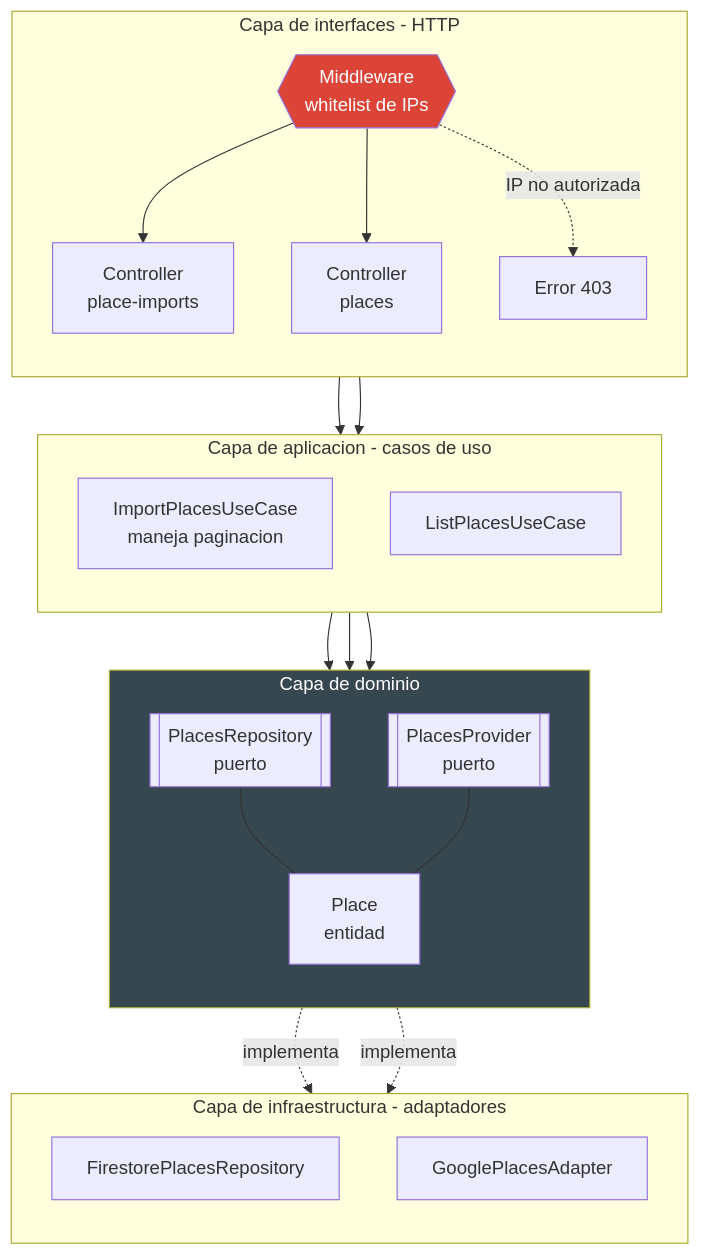
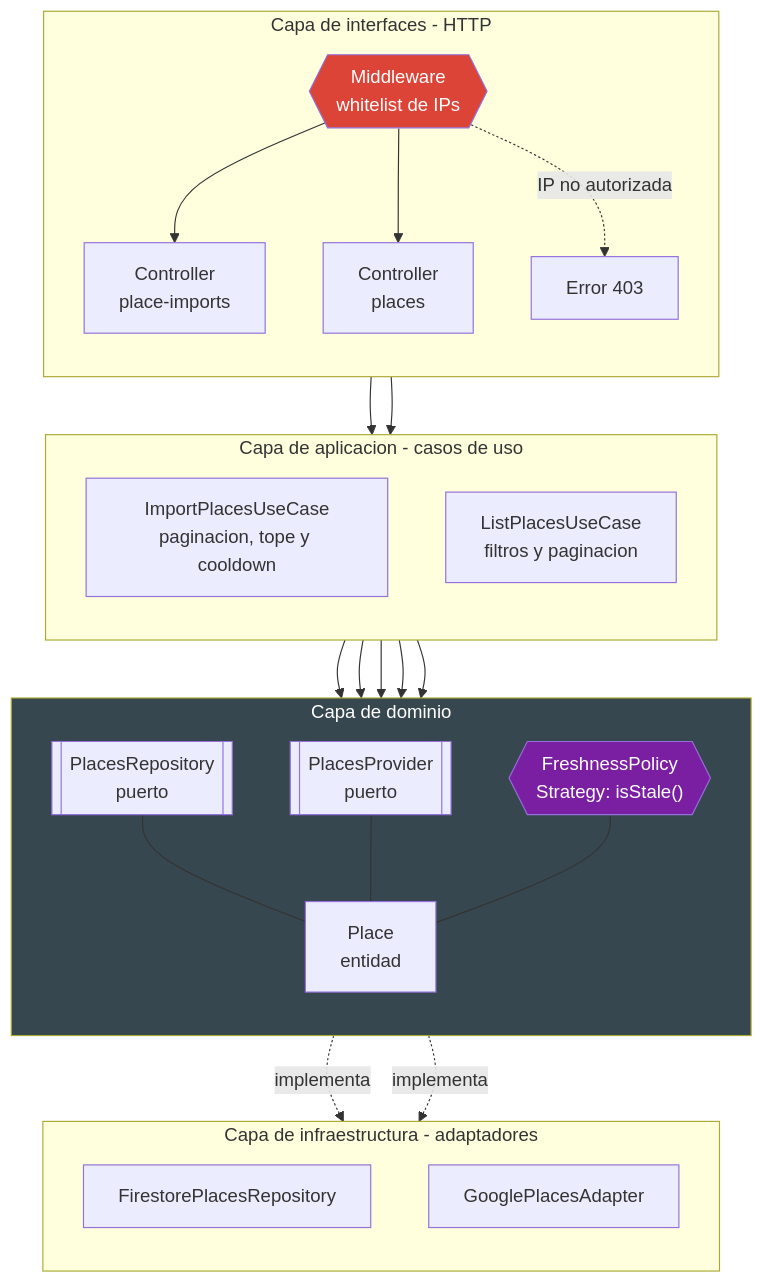
The third of 8 diagrams in docs/design.md (JosueSay/medical-specialists-directory), drawn with Mermaid before and after one commit. The commit also changed other lines of this file and 4 other files, not shown here.

````diff
--- a/docs/design.md
+++ b/docs/design.md
@@ -120,44 +176,49 @@
 ```mermaid
 flowchart TB
     subgraph Interfaces["Capa de interfaces - HTTP"]
         direction TB
         WL{{"Middleware<br/>whitelist de IPs"}}
         C1[Controller<br/>place-imports]
         C2[Controller<br/>places]
         WL --> C1
         WL --> C2
         WL -.->|IP no autorizada| ERR[Error 403]
     end
 
     subgraph Application["Capa de aplicacion - casos de uso"]
         direction TB
-        UC1[ImportPlacesUseCase<br/>maneja paginacion]
-        UC2[ListPlacesUseCase]
+        UC1[ImportPlacesUseCase<br/>paginacion, tope y cooldown]
+        UC2[ListPlacesUseCase<br/>filtros y paginacion]
     end
 
     subgraph Domain["Capa de dominio"]
         direction TB
         PR[["PlacesRepository<br/>puerto"]]
         PP[["PlacesProvider<br/>puerto"]]
         ENT["Place<br/>entidad"]
+        FP{{"FreshnessPolicy<br/>Strategy: isStale()"}}
     end
 
     subgraph Infra["Capa de infraestructura - adaptadores"]
         direction TB
         REPO[FirestorePlacesRepository]
         ADAPTER[GooglePlacesAdapter]
     end
 
     C1 --> UC1
     C2 --> UC2
     UC1 --> PP
     UC1 --> PR
+    UC1 --> FP
     UC2 --> PR
+    UC2 --> FP
     PR -.->|implementa| REPO
     PP -.->|implementa| ADAPTER
     PR --- ENT
     PP --- ENT
+    FP --- ENT
 
     style WL fill:#DB4437,color:#fff
+    style FP fill:#7B1FA2,color:#fff
     style Domain fill:#37474F,color:#fff
 ```
````
